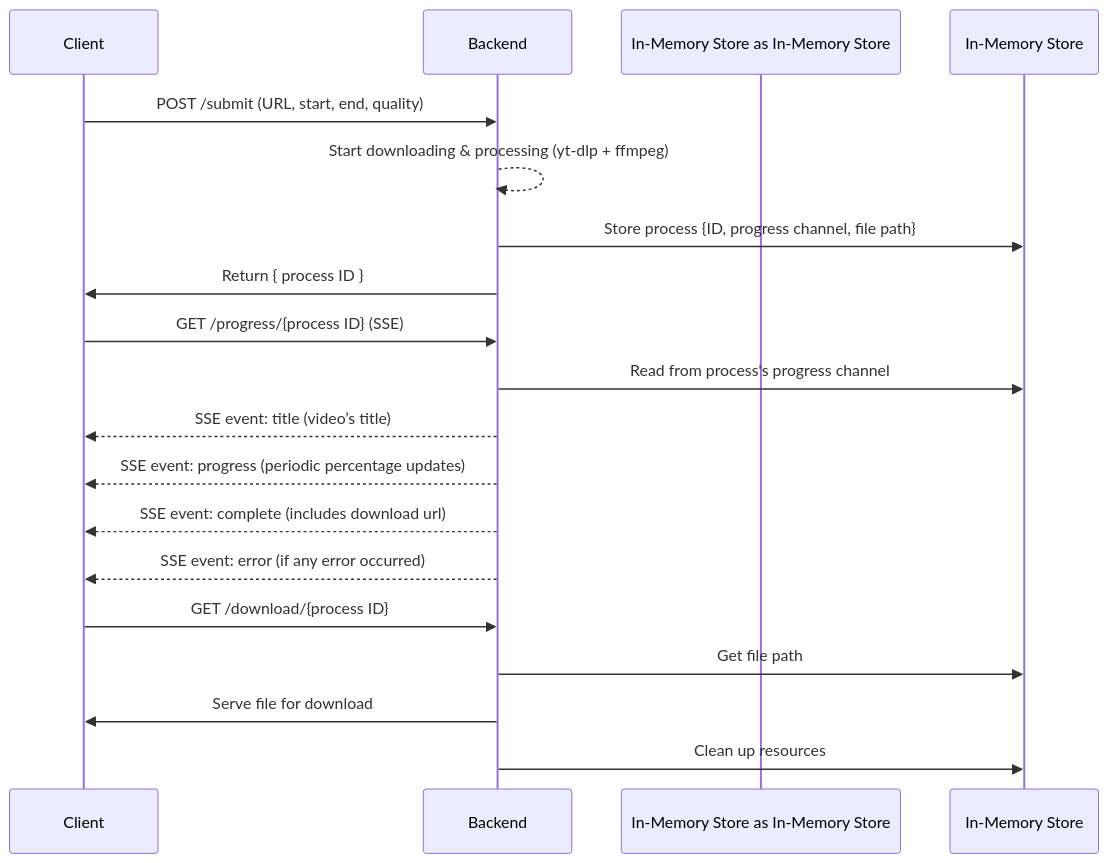
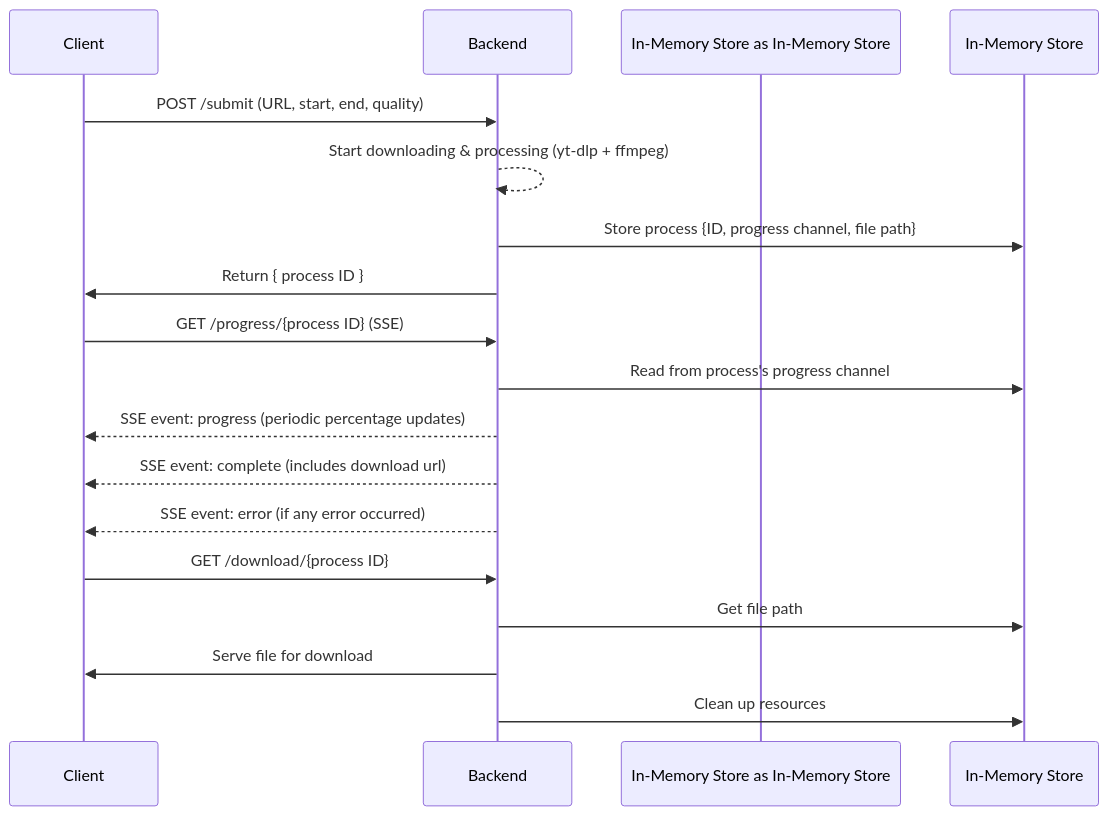
The diagram in README.md (mohamedhesham1619/video-clipper), drawn with Mermaid before and after one commit. The commit also changed other lines of this file, not shown here.

````diff
--- a/README.md
+++ b/README.md
@@ -66,34 +65,33 @@
 ```mermaid
 sequenceDiagram
   participant Client as Client
   participant Backend as Backend
   participant In-Memory Store as In-Memory Store
 
   %% Submit Phase
   Client ->> Backend: POST /submit (URL, start, end, quality)
   Backend -->> Backend: Start downloading & processing (yt-dlp + ffmpeg)
   Backend ->> In-Memory Store: Store process {ID, progress channel, file path}
   Backend ->> Client: Return { process ID }
 
   %% Progress Phase (SSE stream)
   Client ->> Backend: GET /progress/{process ID} (SSE)
   Backend ->> In-Memory Store: Read from process's progress channel
 
   %% SSE Events
-  Backend -->> Client: SSE event: title (video’s title)
   Backend -->> Client: SSE event: progress (periodic percentage updates)
 
   %% Completion / Error
   Backend -->> Client: SSE event: complete (includes download url)
   Backend -->> Client: SSE event: error (if any error occurred)
 
   
  
   %% Client Download
   Client ->> Backend: GET /download/{process ID}
   Backend ->> In-Memory Store: Get file path
   Backend ->> Client: Serve file for download
 
   Backend ->> In-Memory Store: Clean up resources
 
 ```
````
